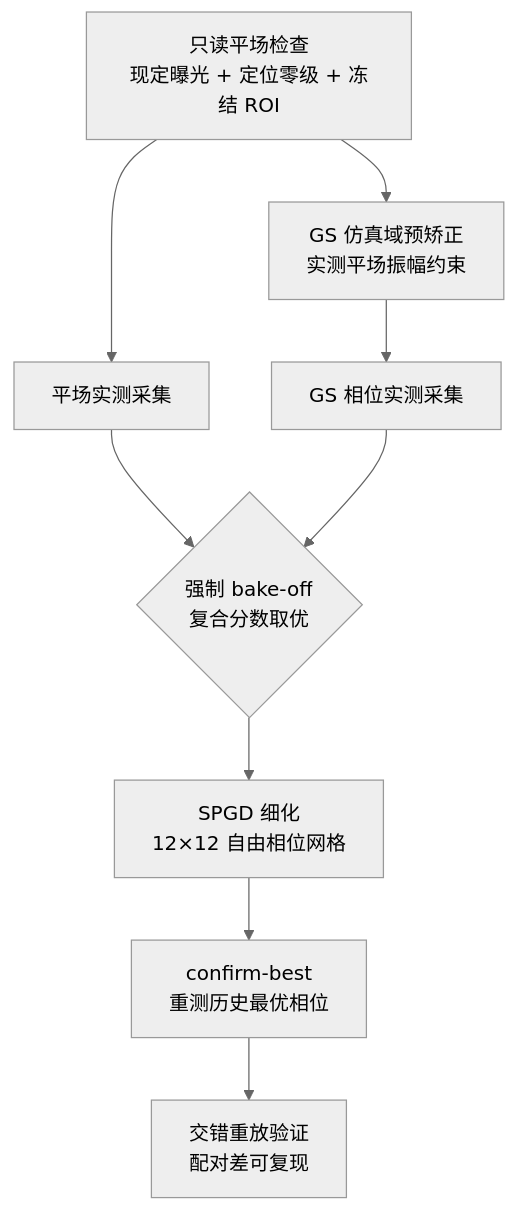
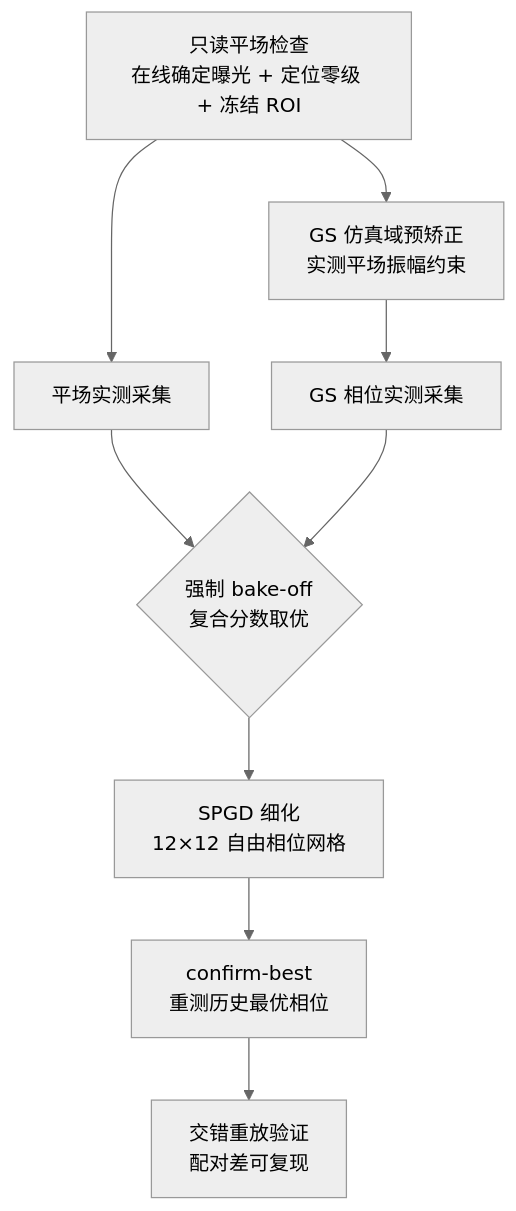
One commit to ywzhang909/AO-shaping changed the first of 2 diagrams in docs/paper_gs_refine_experiment.md. Above: the diagram before and after it, drawn with Mermaid (neutral theme). The commit also changed other lines of this file and 6 other files, not shown here.

````diff
--- a/docs/paper_gs_refine_experiment.md
+++ b/docs/paper_gs_refine_experiment.md
@@ -60,11 +63,11 @@
 ```mermaid
 graph TD
-    A["只读平场检查<br/>现定曝光 + 定位零级 + 冻结 ROI"] --> B["GS 仿真域预矫正<br/>实测平场振幅约束"]
+    A["只读平场检查<br/>在线确定曝光 + 定位零级 + 冻结 ROI"] --> B["GS 仿真域预矫正<br/>实测平场振幅约束"]
     A --> C["平场实测采集"]
     B --> D["GS 相位实测采集"]
     C --> E{"强制 bake-off<br/>复合分数取优"}
     D --> E
     E --> F["SPGD 细化<br/>12×12 自由相位网格"]
     F --> G["confirm-best<br/>重测历史最优相位"]
     G --> H["交错重放验证<br/>配对差可复现"]
 ```
````
